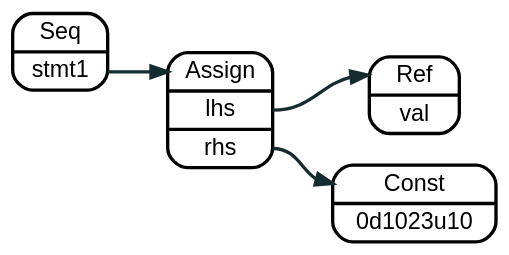
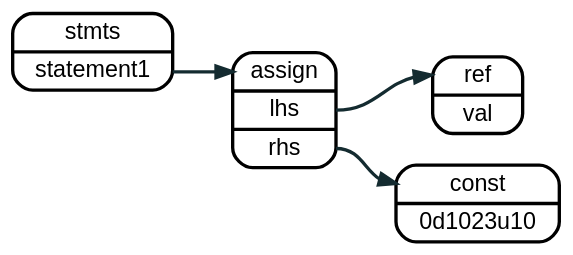
The diagram in source/graphviz/assign_trivial_constant.dot (sakshi15108/lnast-doc), drawn with Graphviz before and after one commit. The commit also changed 7 other files, not shown here.

```diff
--- a/source/graphviz/assign_trivial_constant.dot
+++ b/source/graphviz/assign_trivial_constant.dot
@@ -1,19 +1,19 @@
 digraph assign {
   rankdir=LR
   bgcolor="transparent"
 
   node [fontname = "helvetica", shape=record, style="rounded", penwidth = 2];
   edge [fontname = "helvetica", color="#142b30", arrowhead="normal", penwidth = 2];
   graph [fontname = "helvetica"];
 
 
 
-  node0 [label = "<a> Seq    | <s1> stmt1"];
-  node1 [label = "<a> Assign | <l> lhs  | <r> rhs"];
-  node2 [label = "<a> Ref    | <l> val"];
-  node3 [label = "<a> Const  | <l> 0d1023u10"];
+  node0 [label = "<a> stmts  | <s1> statement1"];
+  node1 [label = "<a> assign | <l> lhs  | <r> rhs"];
+  node2 [label = "<a> ref    | <l> val"];
+  node3 [label = "<a> const  | <l> 0d1023u10"];
 
   node0:s1 -> node1:a;
   node1:l  -> node2:a;
   node1:r  -> node3:a;
 }
```
